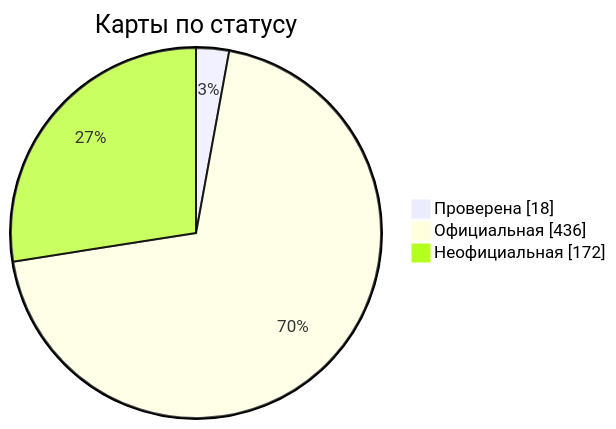
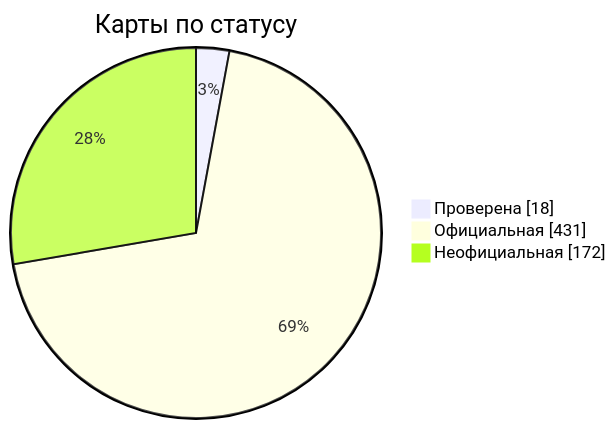
Before and after one commit to nobrega8/mbmap-library: the diagram in docs/readme/README_RU.md, drawn with Mermaid. The commit also changed 14 other files, not shown here.

````diff
--- a/docs/readme/README_RU.md
+++ b/docs/readme/README_RU.md
@@ -54,7 +54,7 @@
 ```mermaid
 pie showData
     title Карты по статусу
     "Проверена" : 18
-    "Официальная" : 436
+    "Официальная" : 431
     "Неофициальная" : 172
 ```
````
